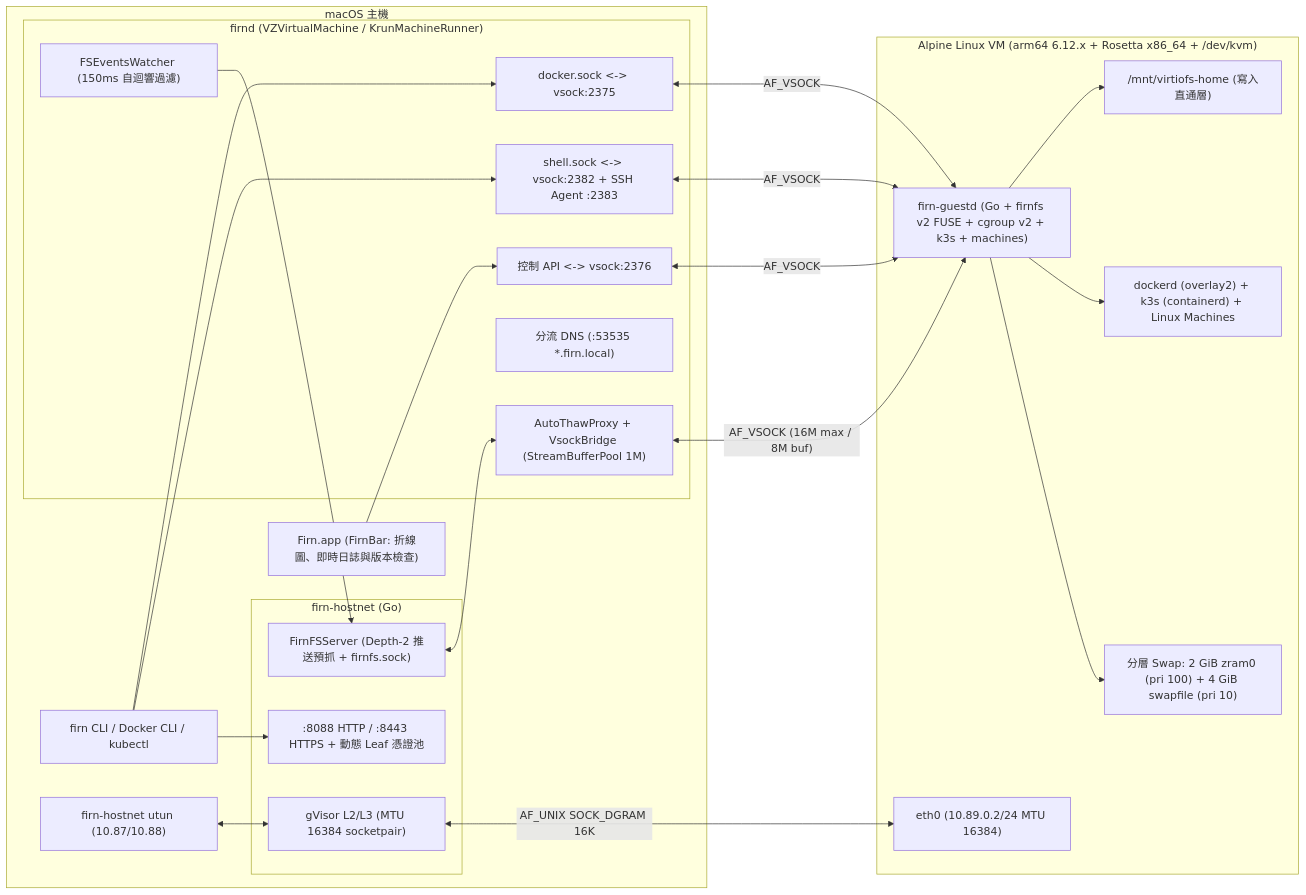
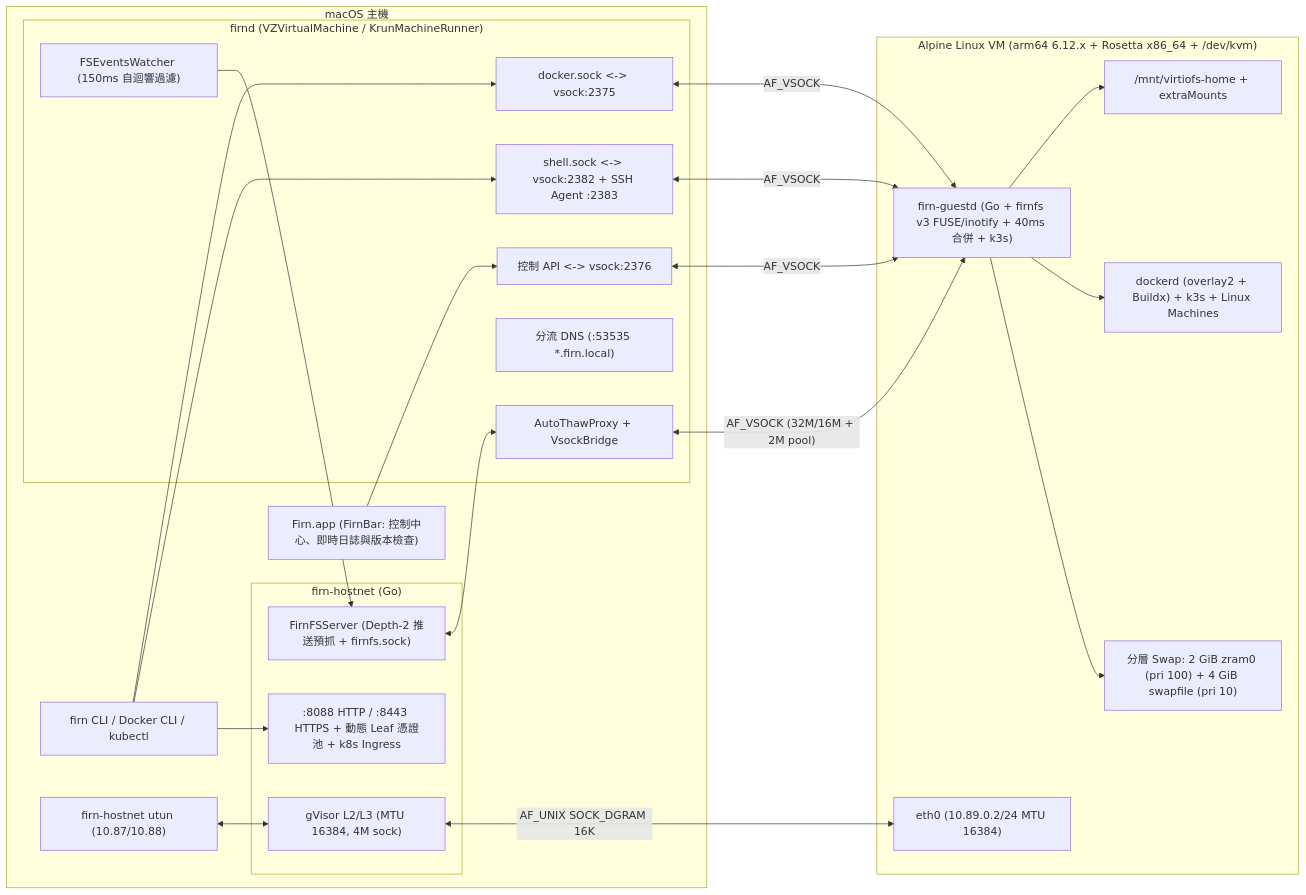
Before and after one commit to zxzinn/firn: the diagram in README.zh-TW.md, drawn with Mermaid. The commit also changed other lines of this file and 31 other files, not shown here.

Commit message:
Release v0.6.0: firnfs v3 inotify HMR, k3s dev loop, Buildx Rosetta, FirnBar control center, and E2E suite

````diff
--- a/README.zh-TW.md
+++ b/README.zh-TW.md
@@ -111,43 +109,43 @@
 ```mermaid
 flowchart LR
   subgraph macOS["macOS 主機"]
     CLI["firn CLI / Docker CLI / kubectl"]
-    Bar["Firn.app (FirnBar: 折線圖、即時日誌與版本檢查)"]
+    Bar["Firn.app (FirnBar: 控制中心、即時日誌與版本檢查)"]
     UTUN["firn-hostnet utun (10.87/10.88)"]
     subgraph Daemon["firnd (VZVirtualMachine / KrunMachineRunner)"]
       FSW["FSEventsWatcher (150ms 自迴響過濾)"]
       D["docker.sock <-> vsock:2375"]
       C["控制 API <-> vsock:2376"]
-      T["AutoThawProxy + VsockBridge (StreamBufferPool 1M)"]
+      T["AutoThawProxy + VsockBridge"]
       DNS["分流 DNS (:53535 *.firn.local)"]
       SH["shell.sock <-> vsock:2382 + SSH Agent :2383"]
     end
     subgraph HN["firn-hostnet (Go)"]
-      GV["gVisor L2/L3 (MTU 16384 socketpair)"]
-      TLS[":8088 HTTP / :8443 HTTPS + 動態 Leaf 憑證池"]
+      GV["gVisor L2/L3 (MTU 16384, 4M sock)"]
+      TLS[":8088 HTTP / :8443 HTTPS + 動態 Leaf 憑證池 + k8s Ingress"]
       FSRV["FirnFSServer (Depth-2 推送預抓 + firnfs.sock)"]
     end
   end
   subgraph Linux["Alpine Linux VM (arm64 6.12.x + Rosetta x86_64 + /dev/kvm)"]
-    GD["firn-guestd (Go + firnfs v2 FUSE + cgroup v2 + k3s + machines)"]
+    GD["firn-guestd (Go + firnfs v3 FUSE/inotify + 40ms 合併 + k3s)"]
     ETH["eth0 (10.89.0.2/24 MTU 16384)"]
-    DK["dockerd (overlay2) + k3s (containerd) + Linux Machines"]
-    VFS["/mnt/virtiofs-home (寫入直通層)"]
+    DK["dockerd (overlay2 + Buildx) + k3s + Linux Machines"]
+    VFS["/mnt/virtiofs-home + extraMounts"]
     SW["分層 Swap: 2 GiB zram0 (pri 100) + 4 GiB swapfile (pri 10)"]
   end
   CLI --> D
   CLI --> SH
   CLI --> TLS
   UTUN <--> GV
   Bar --> C
   FSW --> FSRV
-  T <-->|"AF_VSOCK (16M max / 8M buf)"| GD
+  T <-->|"AF_VSOCK (32M/16M + 2M pool)"| GD
   D <-->|"AF_VSOCK"| GD
   C <-->|"AF_VSOCK"| GD
   SH <-->|"AF_VSOCK"| GD
   GV <-->|"AF_UNIX SOCK_DGRAM 16K"| ETH
   FSRV <--> T
   GD --> VFS
   GD --> DK
   GD --> SW
 ```
````
